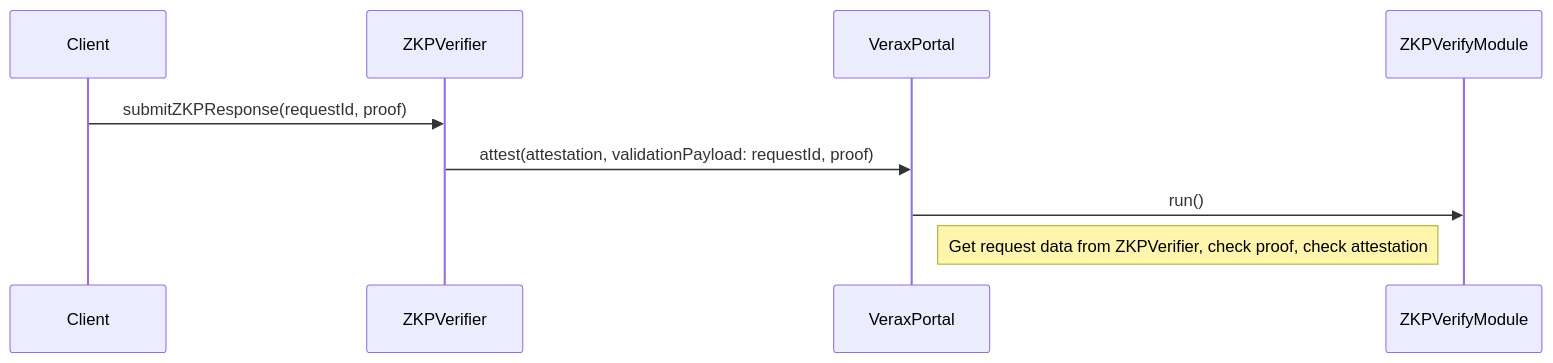
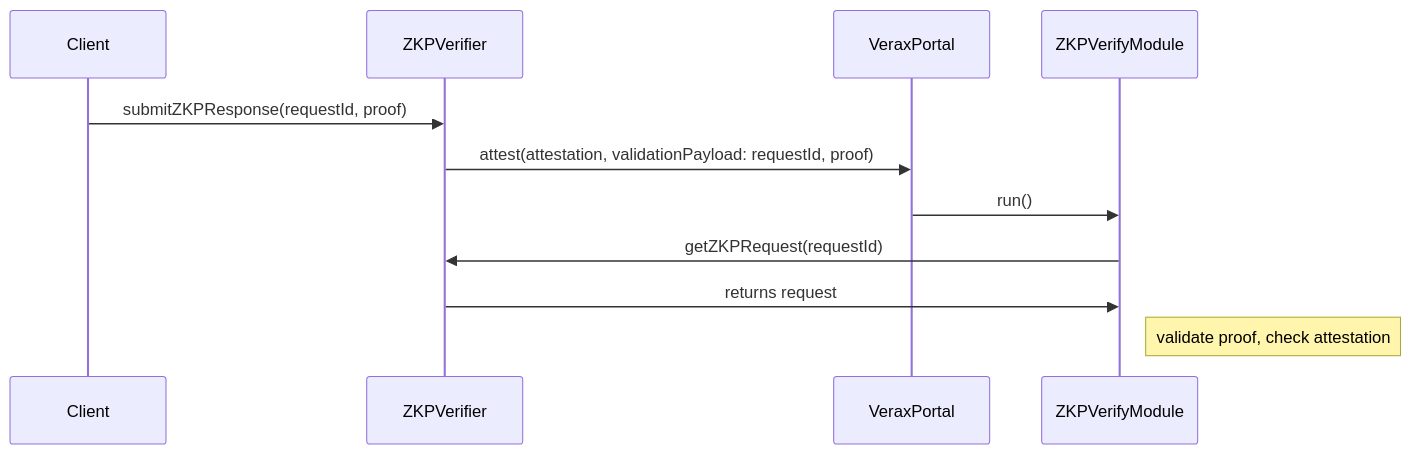
The first of 2 diagrams in scripts/verax/Readme.md (0xPolygonID/contracts), drawn with Mermaid before and after one commit. The commit also changed other lines of this file, not shown here.

Commit message:
full path diagram

````diff
--- a/scripts/verax/Readme.md
+++ b/scripts/verax/Readme.md
@@ -1,12 +1,13 @@
 ```mermaid
 sequenceDiagram
     participant Client
     participant ZKPVerifier
     participant VeraxPortal
     participant ZKPVerifyModule
-    participant ZKPVerifyModule
     Client->>ZKPVerifier: submitZKPResponse(requestId, proof)
     ZKPVerifier->>VeraxPortal: attest(attestation, validationPayload: requestId, proof)
     VeraxPortal->>ZKPVerifyModule: run()
-    Note right of VeraxPortal: Get request data from ZKPVerifier, check proof, check attestation
+    ZKPVerifyModule ->> ZKPVerifier: getZKPRequest(requestId)
+    ZKPVerifier ->> ZKPVerifyModule: returns request
+    Note right of ZKPVerifyModule: validate proof, check attestation
 ```
````
